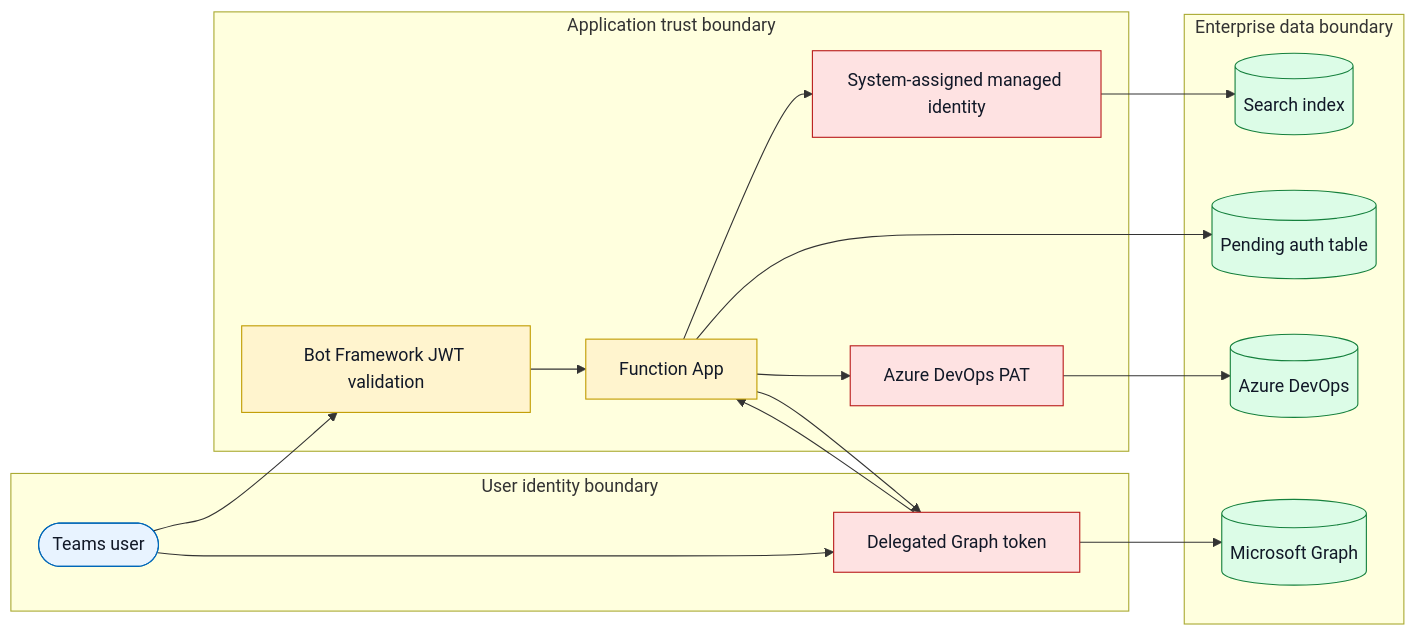
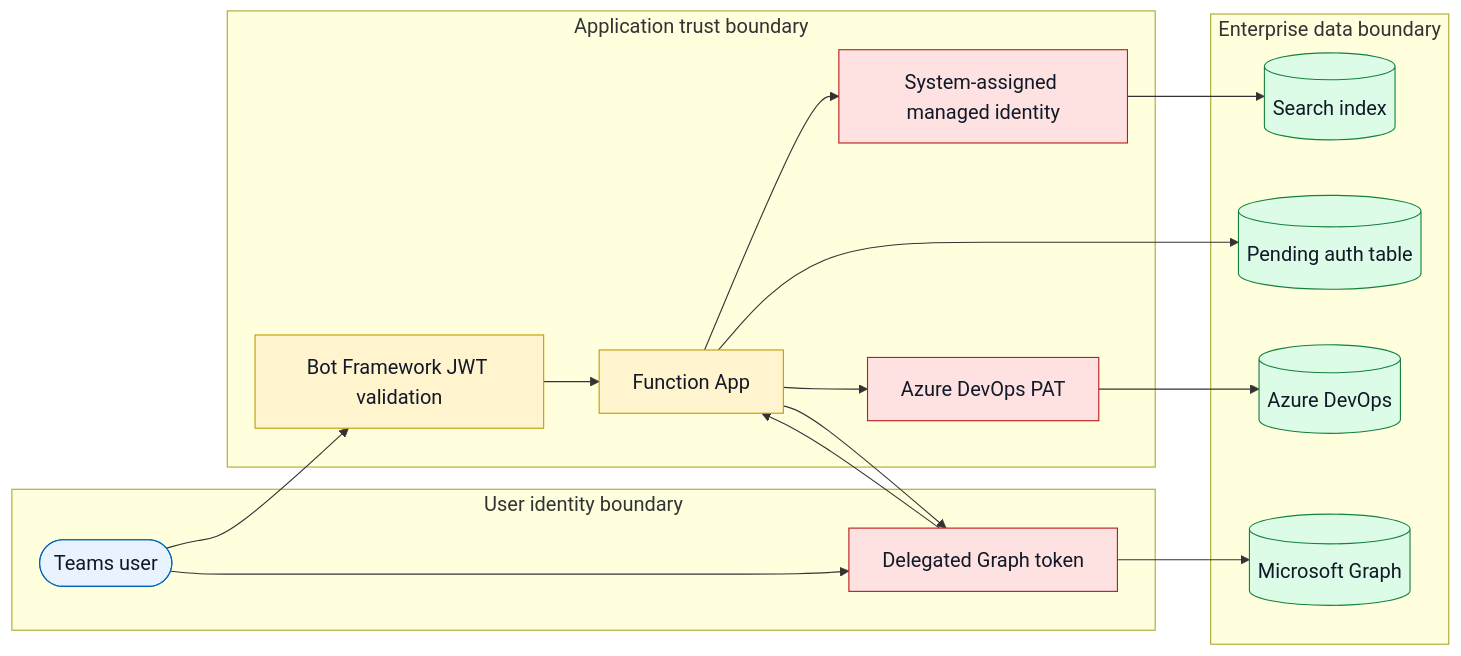
One commit to madhurshukla23/Migration-Knowledge-IQ changed the fourth of 5 diagrams in docs/architecture.md. Above: the diagram before and after it, drawn with Mermaid. The commit also changed other lines of this file, not shown here.

Commit message:
Enhance architecture diagrams with improved font size and bold styling for better readability

````diff
--- a/docs/architecture.md
+++ b/docs/architecture.md
@@ -216,38 +219,39 @@
 ```mermaid
+%%{init: {"themeVariables": {"fontSize": "18px"}}}%%
 flowchart LR
     subgraph UserBoundary[User identity boundary]
         User([Teams user])
         Delegated[Delegated Graph token]
     end
 
     subgraph AppBoundary[Application trust boundary]
         BotAuth[Bot Framework JWT validation]
         App[Function App]
         ManagedIdentity[System-assigned managed identity]
         Secret[Azure DevOps PAT]
     end
 
     subgraph DataBoundary[Enterprise data boundary]
         Search[(Search index)]
         Storage[(Pending auth table)]
         ADO[(Azure DevOps)]
         Graph[(Microsoft Graph)]
     end
 
     User --> BotAuth --> App
     User --> Delegated --> App
     App --> ManagedIdentity --> Search
     App --> Secret --> ADO
     App --> Storage
     App --> Delegated --> Graph
 
     classDef user fill:#E8F3FF,stroke:#0067B8,color:#111827
     classDef app fill:#FFF4CE,stroke:#C19C00,color:#111827
     classDef data fill:#DCFCE7,stroke:#15803D,color:#111827
     classDef credential fill:#FEE2E2,stroke:#B91C1C,color:#111827
 
     class User user
     class BotAuth,App app
     class Search,Storage,ADO,Graph data
     class Delegated,ManagedIdentity,Secret credential
 ```
````
